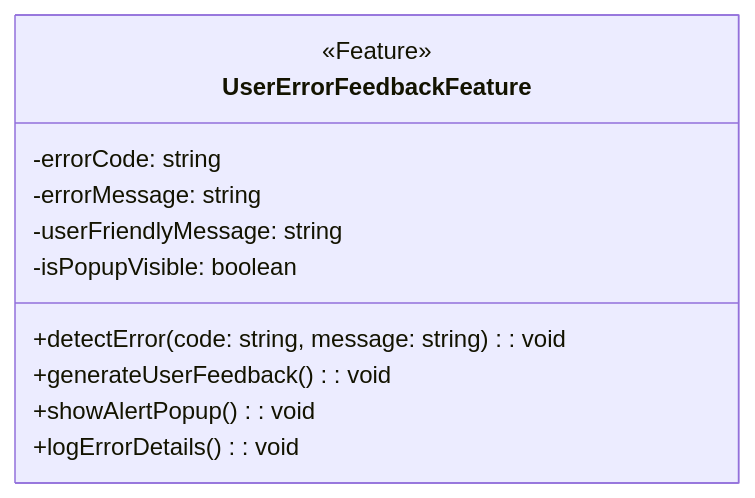
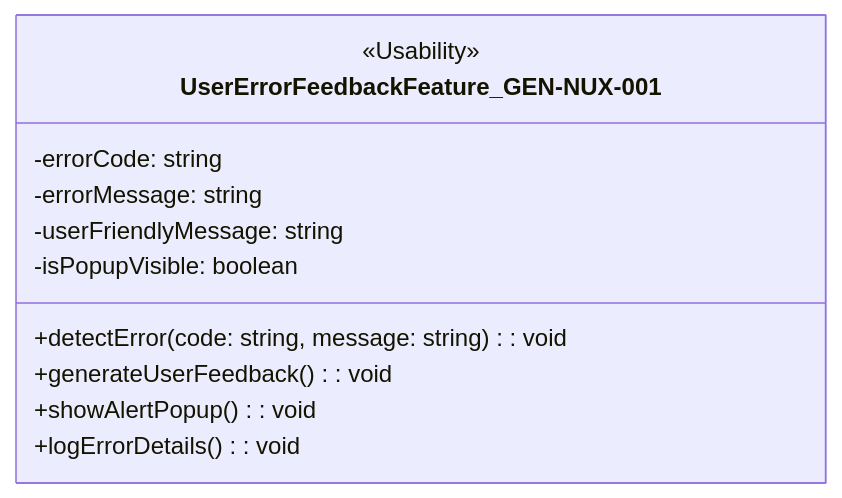
Diagram 32 of 39 in 1. Requirement Analysis/Software Requirements Specification.md (sun922/University-SoftwareDesign), drawn with Mermaid before and after one commit. The commit also changed other lines of this file, not shown here.

Commit message:
디자인, 품질, 제약 요구사항 클래스 다이어그램 추가

````diff
--- a/1. Requirement Analysis/Software Requirements Specification.md
+++ b/1. Requirement Analysis/Software Requirements Specification.md
@@ -1139,15 +1137,15 @@
 ```mermaid
 classDiagram
-    class UserErrorFeedbackFeature {
-        <<Feature>>
+    class UserErrorFeedbackFeature_GEN-NUX-001 {
+        <<Usability>>
         -errorCode: string
         -errorMessage: string
         -userFriendlyMessage: string
         -isPopupVisible: boolean
 
         +detectError(code: string, message: string): void
         +generateUserFeedback(): void
         +showAlertPopup(): void
         +logErrorDetails(): void
     }
 ```
````
